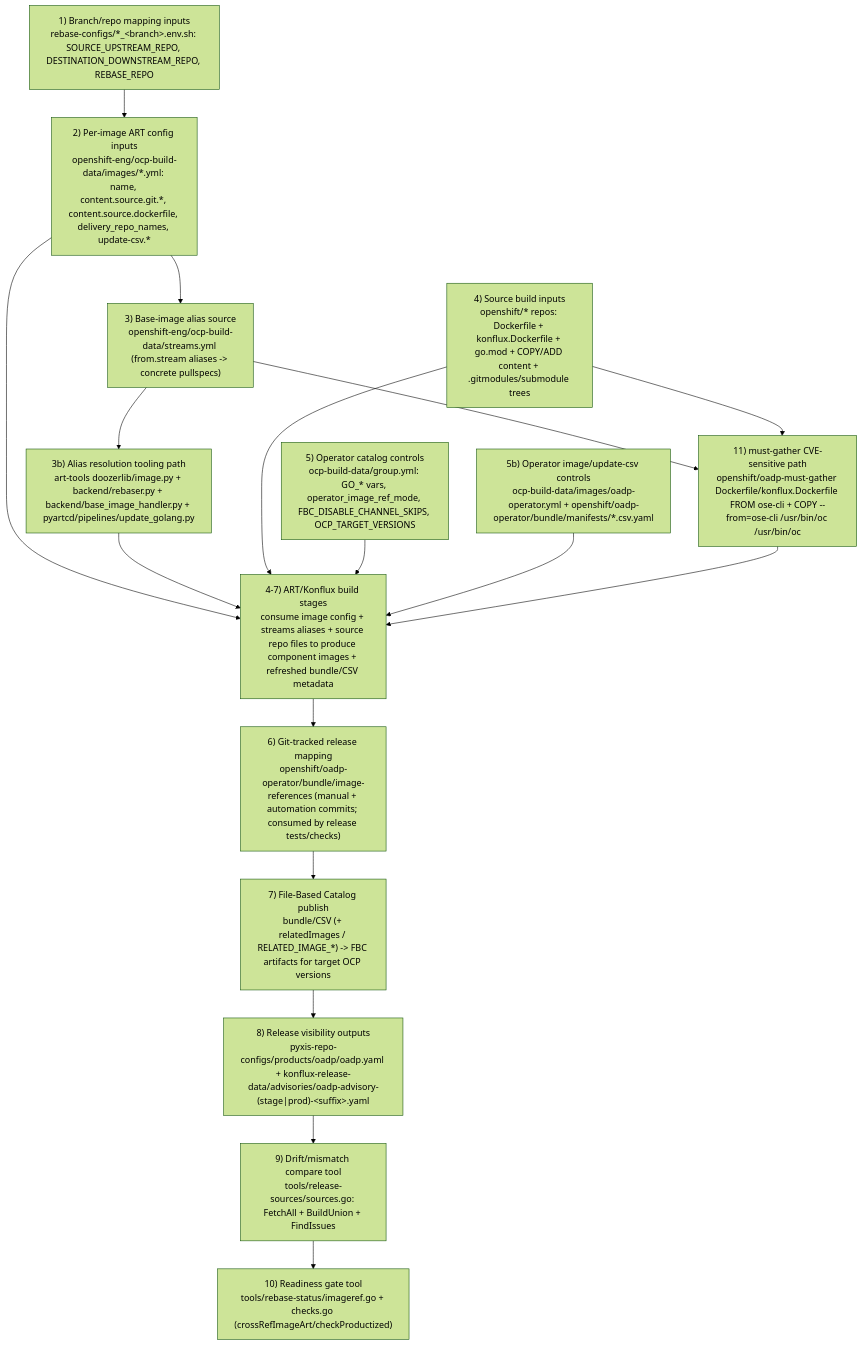
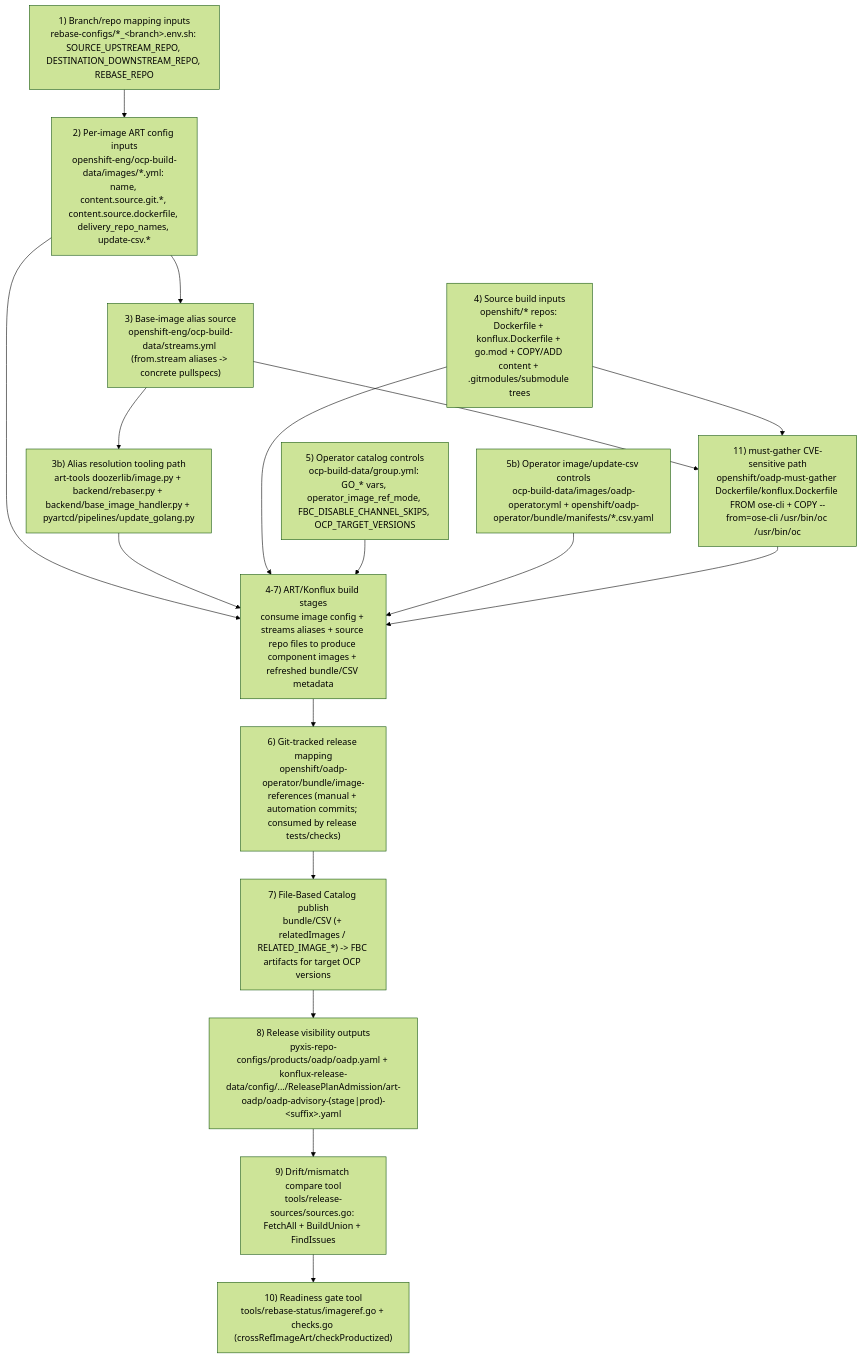
One commit to oadp-rebasebot/oadp-rebase changed the fourth of 7 diagrams in tools/release-sources/diagram.md. Above: the diagram before and after it, drawn with Mermaid (forest theme). The commit also changed other lines of this file, not shown here.

First line of the commit message:
docs: resolve remaining review comments for release-sources diagram

````diff
--- a/tools/release-sources/diagram.md
+++ b/tools/release-sources/diagram.md
@@ -109,27 +109,27 @@
 ```mermaid
 flowchart TB
     S1["1) Branch/repo mapping inputs<br/>rebase-configs/*_&lt;branch&gt;.env.sh: SOURCE_UPSTREAM_REPO, DESTINATION_DOWNSTREAM_REPO, REBASE_REPO"]
     S2["2) Per-image ART config inputs<br/>openshift-eng/ocp-build-data/images/*.yml: name, content.source.git.*, content.source.dockerfile, delivery_repo_names, update-csv.*"]
     S3["3) Base-image alias source<br/>openshift-eng/ocp-build-data/streams.yml (from.stream aliases -> concrete pullspecs)"]
     S4["3b) Alias resolution tooling path<br/>art-tools doozerlib/image.py + backend/rebaser.py + backend/base_image_handler.py + pyartcd/pipelines/update_golang.py"]
     S5["4) Source build inputs<br/>openshift/* repos: Dockerfile + konflux.Dockerfile + go.mod + COPY/ADD content + .gitmodules/submodule trees"]
     S6["5) Operator catalog controls<br/>ocp-build-data/group.yml: GO_* vars, operator_image_ref_mode, FBC_DISABLE_CHANNEL_SKIPS, OCP_TARGET_VERSIONS"]
     S7["5b) Operator image/update-csv controls<br/>ocp-build-data/images/oadp-operator.yml + openshift/oadp-operator/bundle/manifests/*.csv.yaml"]
     S8["4-7) ART/Konflux build stages<br/>consume image config + streams aliases + source repo files to produce component images + refreshed bundle/CSV metadata"]
     S9["6) Git-tracked release mapping<br/>openshift/oadp-operator/bundle/image-references (manual + automation commits; consumed by release tests/checks)"]
     S10["7) File-Based Catalog publish<br/>bundle/CSV (+ relatedImages / RELATED_IMAGE_*) -> FBC artifacts for target OCP versions"]
-    S11["8) Release visibility outputs<br/>pyxis-repo-configs/products/oadp/oadp.yaml + konflux-release-data/advisories/oadp-advisory-(stage|prod)-&lt;suffix&gt;.yaml"]
+    S11["8) Release visibility outputs<br/>pyxis-repo-configs/products/oadp/oadp.yaml + konflux-release-data/config/.../ReleasePlanAdmission/art-oadp/oadp-advisory-(stage|prod)-&lt;suffix&gt;.yaml"]
     S12["9) Drift/mismatch compare tool<br/>tools/release-sources/sources.go: FetchAll + BuildUnion + FindIssues"]
     S13["10) Readiness gate tool<br/>tools/rebase-status/imageref.go + checks.go (crossRefImageArt/checkProductized)"]
     S14["11) must-gather CVE-sensitive path<br/>openshift/oadp-must-gather Dockerfile/konflux.Dockerfile FROM ose-cli + COPY --from=ose-cli /usr/bin/oc /usr/bin/oc"]
 
     S1 --> S2 --> S8
     S2 --> S3 --> S4 --> S8
     S5 --> S8
     S6 --> S8
     S7 --> S8
     S8 --> S9 --> S10 --> S11 --> S12 --> S13
     S3 --> S14
     S5 --> S14
     S14 --> S8
 ```
````
